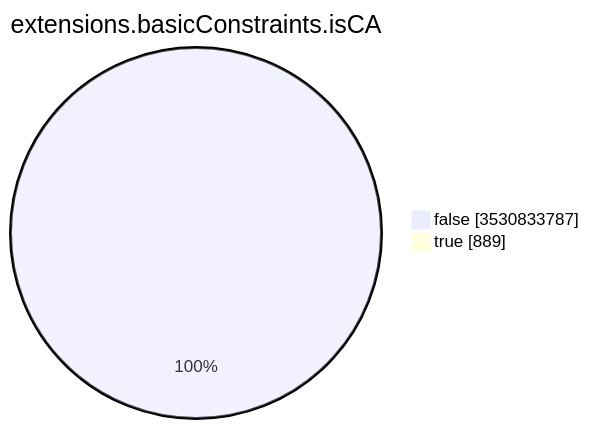
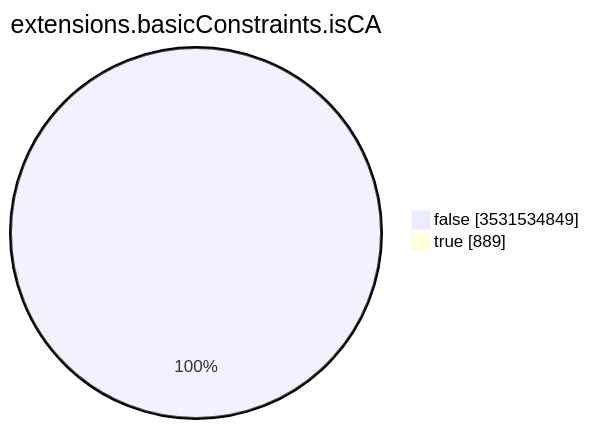
Before and after one commit to christiankrug/ctmonitor_visualization: the seventh of 15 diagrams in TOTAL/README.md, drawn with Mermaid. The commit also changed other lines of this file, not shown here.

````diff
--- a/TOTAL/README.md
+++ b/TOTAL/README.md
@@ -3094,6 +3094,6 @@
 ```mermaid
 pie showData
 title extensions.basicConstraints.isCA
-"false" :3530833787
+"false" :3531534849
 "true" :889
 ```
````
